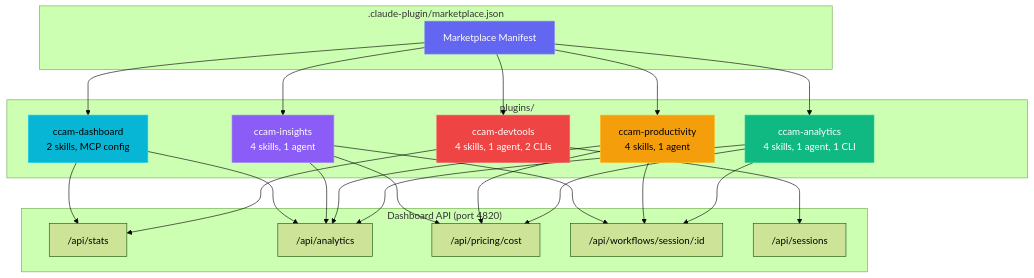
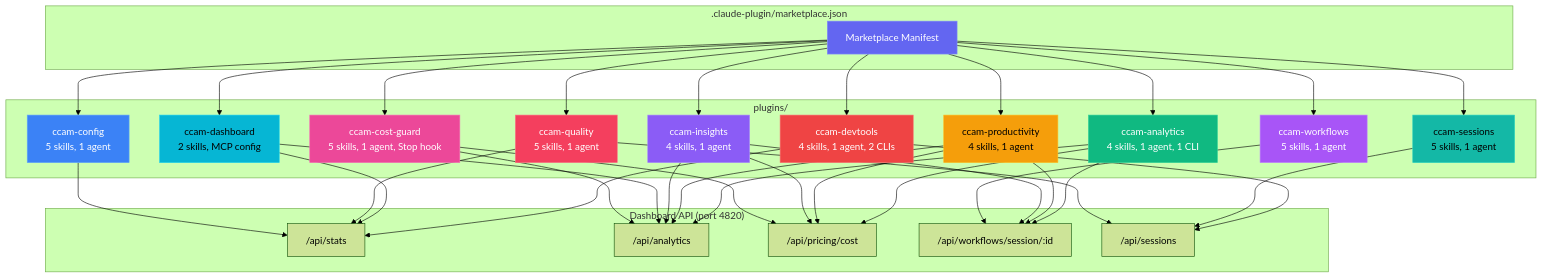
Before and after one commit to zhangqinzhong/Claude-Code-Agent-Monitor: diagram 22 of 48 in ARCHITECTURE.md, drawn with Mermaid (forest theme). The commit also changed other lines of this file and 8 other files, not shown here.

````diff
--- a/ARCHITECTURE.md
+++ b/ARCHITECTURE.md
@@ -1470,34 +1480,49 @@
 ```mermaid
 graph TD
     subgraph Marketplace[".claude-plugin/marketplace.json"]
         M["Marketplace Manifest"]
     end
 
     subgraph Plugins["plugins/"]
         A["ccam-analytics<br/>4 skills, 1 agent, 1 CLI"]
         P["ccam-productivity<br/>4 skills, 1 agent"]
         D["ccam-devtools<br/>4 skills, 1 agent, 2 CLIs"]
         I["ccam-insights<br/>4 skills, 1 agent"]
         C["ccam-dashboard<br/>2 skills, MCP config"]
+        G["ccam-cost-guard<br/>5 skills, 1 agent, Stop hook"]
+        S["ccam-sessions<br/>5 skills, 1 agent"]
+        W["ccam-workflows<br/>5 skills, 1 agent"]
+        Q["ccam-quality<br/>5 skills, 1 agent"]
+        F["ccam-config<br/>5 skills, 1 agent"]
     end
 
     subgraph API["Dashboard API (port 4820)"]
         STATS["/api/stats"]
         ANALYTICS["/api/analytics"]
         PRICING["/api/pricing/cost"]
         WORKFLOWS["/api/workflows/session/:id"]
         SESSIONS["/api/sessions"]
     end
 
-    M --> A & P & D & I & C
+    M --> A & P & D & I & C & G & S & W & Q & F
     A & P & I --> ANALYTICS & PRICING & WORKFLOWS
     D --> STATS & SESSIONS
     C --> STATS & ANALYTICS
+    G --> PRICING & ANALYTICS
+    S --> SESSIONS
+    W --> WORKFLOWS
+    Q --> STATS & SESSIONS
+    F --> STATS
 
     style M fill:#6366f1,stroke:#818cf8,color:#fff
     style A fill:#10b981,stroke:#34d399,color:#fff
     style P fill:#f59e0b,stroke:#fbbf24,color:#000
     style D fill:#ef4444,stroke:#f87171,color:#fff
     style I fill:#8b5cf6,stroke:#a78bfa,color:#fff
     style C fill:#06b6d4,stroke:#22d3ee,color:#000
+    style G fill:#ec4899,stroke:#f472b6,color:#fff
+    style S fill:#14b8a6,stroke:#2dd4bf,color:#000
+    style W fill:#a855f7,stroke:#c084fc,color:#fff
+    style Q fill:#f43f5e,stroke:#fb7185,color:#fff
+    style F fill:#3b82f6,stroke:#60a5fa,color:#fff
 ```
````
